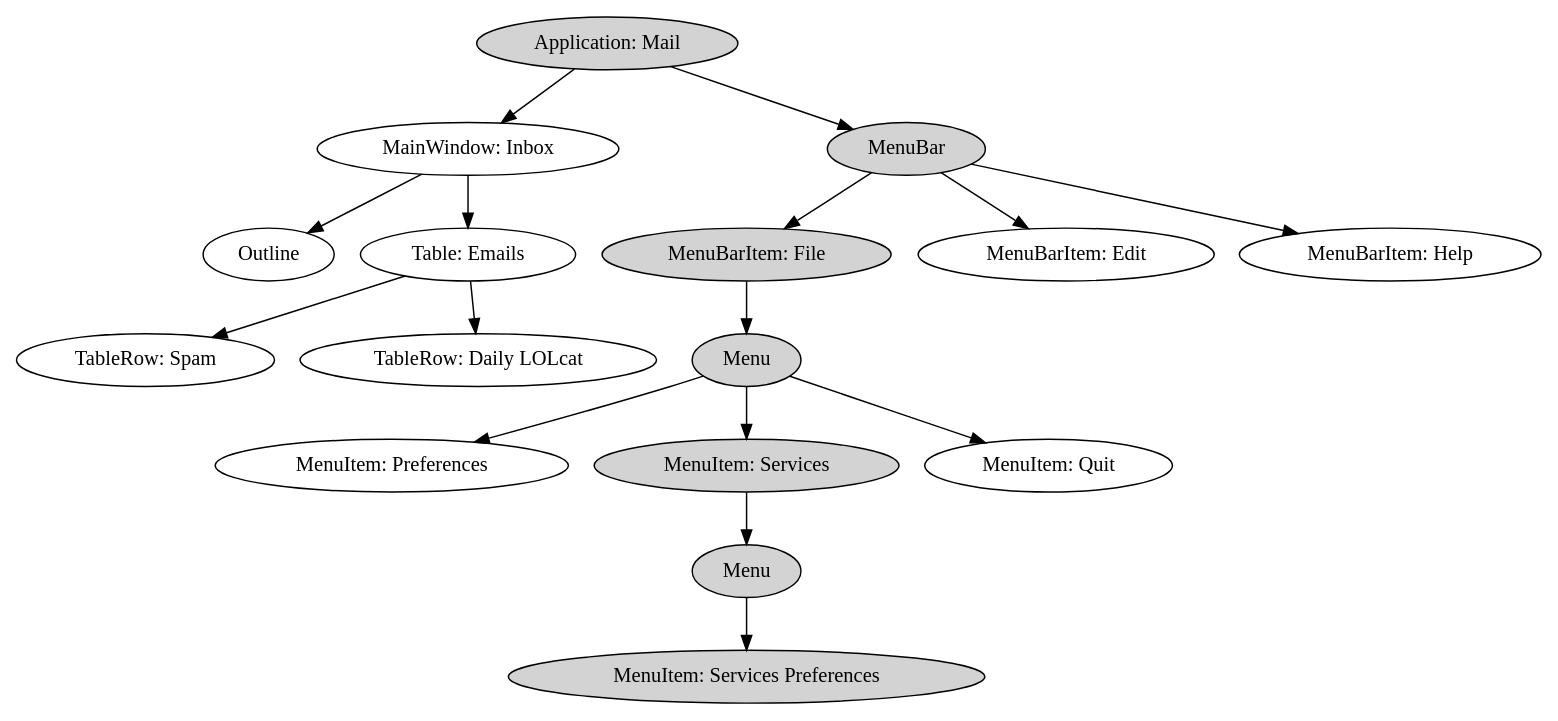
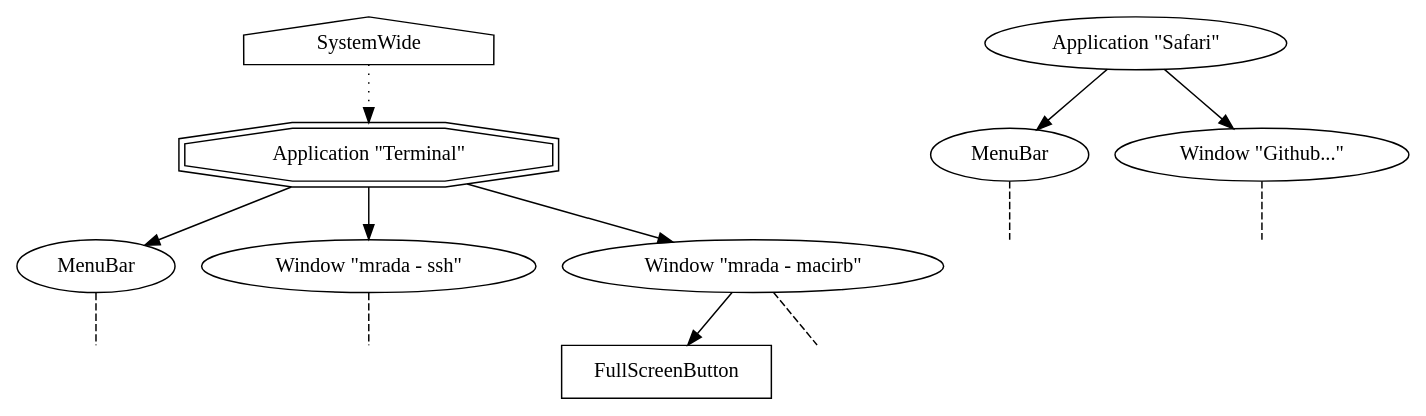
Before and after one commit to AXElements/axelements.github.com: the diagram in images/ui_hierarchy.dot, drawn with Graphviz. The commit also changed 3 other files, not shown here.

Commit message:
Consolidate graphs

```diff
--- a/images/ui_hierarchy.dot
+++ b/images/ui_hierarchy.dot
@@ -1,34 +1,38 @@
 digraph {
-        Application  [label = "Application: Mail", style=filled]
-        MainWindow   [label = "MainWindow: Inbox"]
-        Outline      [label = "Outline"]
-        Table        [label = "Table: Emails"]
-        TableRow1    [label = "TableRow: Spam"]
-        TableRow2    [label = "TableRow: Daily LOLcat"]
-        MenuBar      [label = "MenuBar", style=filled]
-        MenuBarItem1 [label = "MenuBarItem: File", style=filled]
-        MenuBarItem2 [label = "MenuBarItem: Edit"]
-        MenuBarItem3 [label = "MenuBarItem: Help"]
-        Menu1        [label = "Menu", style=filled]
-        MenuItem1    [label = "MenuItem: Preferences"]
-        MenuItem2    [label = "MenuItem: Services", style=filled]
-        MenuItem3    [label = "MenuItem: Quit"]
-        Menu2        [label = "Menu", style=filled]
-        MenuItem4    [label = "MenuItem: Services Preferences", style=filled]
+  graph [packmode = clust]
 
-        Application  -> MainWindow
-        Application  -> MenuBar
-        MainWindow   -> Outline
-        MainWindow   -> Table
-        Table        -> TableRow1
-        Table        -> TableRow2
-        MenuBar      -> MenuBarItem1
-        MenuBar      -> MenuBarItem2
-        MenuBar      -> MenuBarItem3
-        MenuBarItem1 -> Menu1
-        Menu1        -> MenuItem1
-        Menu1        -> MenuItem2
-        Menu1        -> MenuItem3
-        MenuItem2    -> Menu2
-        Menu2        -> MenuItem4
+  SystemWide [label = "SystemWide"] [shape = house]
+  Safari     [label = "Application \"Safari\""] [shape = oval]
+  Terminal   [label = "Application \"Terminal\""] [shape = doubleoctagon]
+  
+  SMenuBar [label = "MenuBar"] [shape = oval]
+  TMenuBar [label = "MenuBar"] [shape = oval]
+
+  TWindow  [label = "Window \"mrada - ssh\""] [shape = oval]
+  TWindow2 [label = "Window \"mrada - macirb\""] [shape = oval]
+  SWindow  [label = "Window \"Github...\""] [shape = oval]
+
+  Button [label = "FullScreenButton"] [shape = box]
+  
+  E1 [shape = none] [label = ""]
+  E2 [shape = none] [label = ""]
+  E3 [shape = none] [label = ""]
+  E4 [shape = none] [label = ""]
+  E5 [shape = none] [label = ""]
+
+  Safari -> SMenuBar
+  Terminal -> TMenuBar
+
+  SMenuBar -> E1 [style = dashed] [arrowhead = none]
+  TMenuBar -> E2 [style = dashed] [arrowhead = none]
+
+  Safari   -> SWindow
+  Terminal -> TWindow
+  Terminal -> TWindow2 -> Button
+
+  SWindow  -> E3 [style = dashed] [arrowhead = none]
+  TWindow  -> E4 [style = dashed] [arrowhead = none]
+  TWindow2 -> E5 [style = dashed] [arrowhead = none]
+
+  SystemWide -> Terminal [style = dotted]
 }
```
